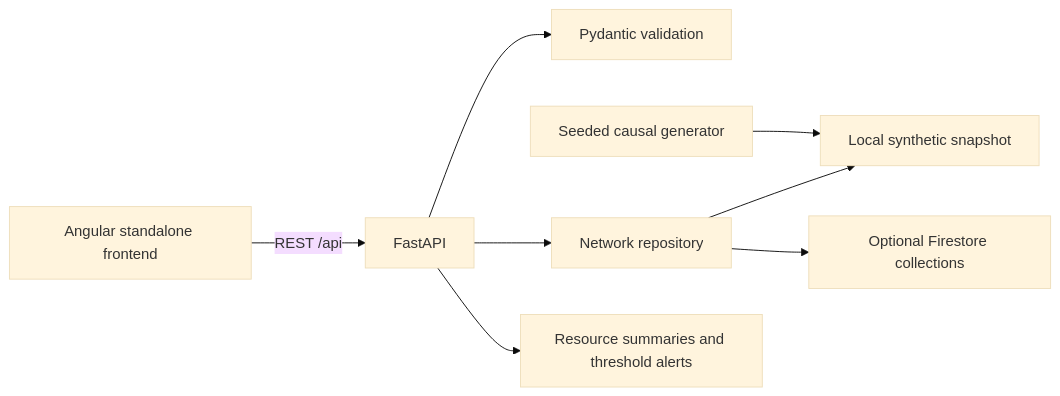
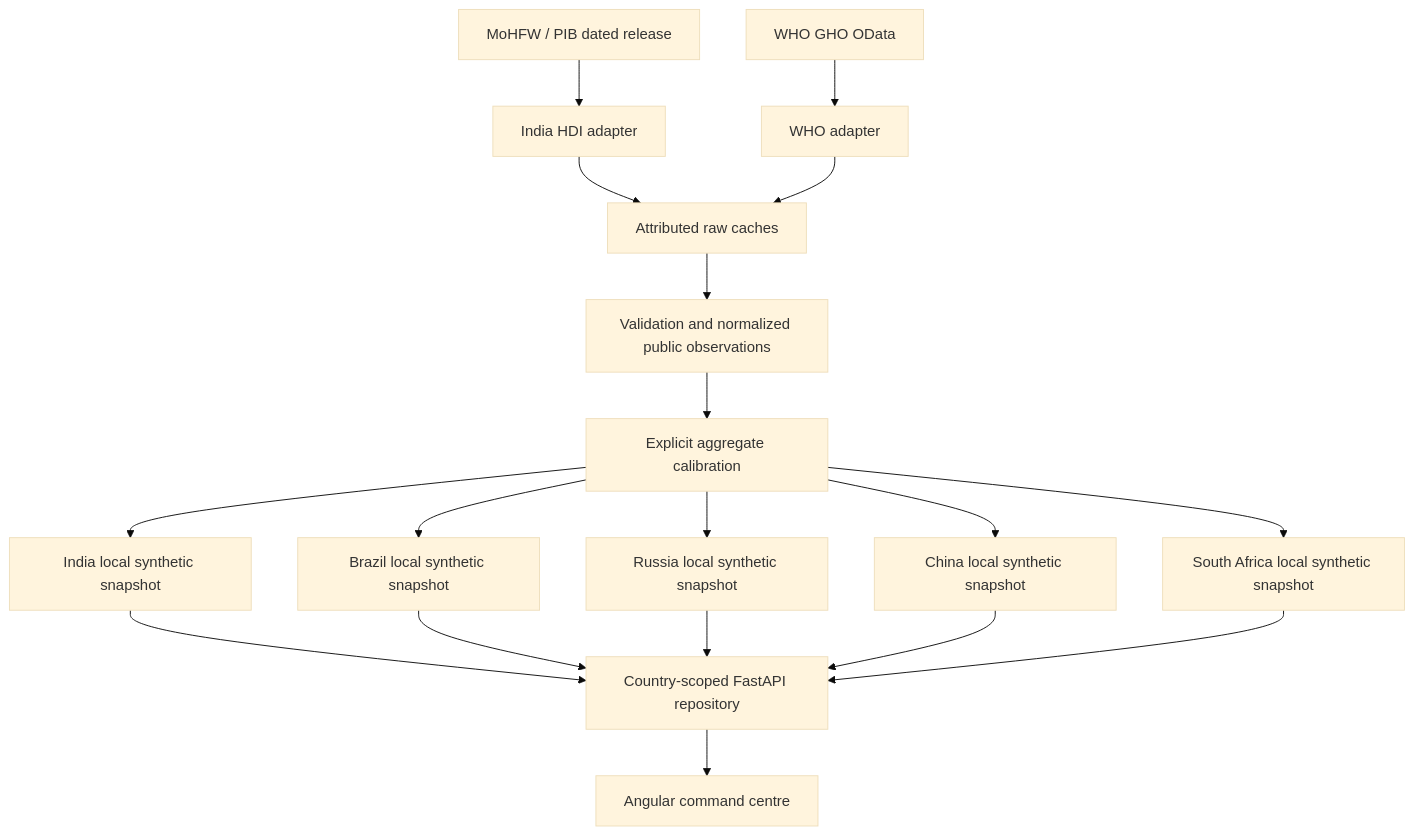
Before and after one commit to harshawardhanchitnis/HealthNexus-AI: the diagram in docs/architecture.md, drawn with Mermaid (base theme). The commit also changed other lines of this file and 11 other files, not shown here.

````diff
--- a/docs/architecture.md
+++ b/docs/architecture.md
@@ -3,10 +3,20 @@
 ```mermaid
-flowchart LR
-    UI[Angular standalone frontend] -->|REST /api| API[FastAPI]
-    API --> Models[Pydantic validation]
-    API --> Repo[Network repository]
-    Repo --> Local[Local synthetic snapshot]
-    Repo --> Cloud[Optional Firestore collections]
-    Generator[Seeded causal generator] --> Local
-    API --> Summary[Resource summaries and threshold alerts]
+flowchart TD
+  PIB[MoHFW / PIB dated release] --> A[India HDI adapter]
+  WHO[WHO GHO OData] --> B[WHO adapter]
+  A --> R[Attributed raw caches]
+  B --> R
+  R --> N[Validation and normalized public observations]
+  N --> C[Explicit aggregate calibration]
+  C --> IN[India local synthetic snapshot]
+  C --> BR[Brazil local synthetic snapshot]
+  C --> RU[Russia local synthetic snapshot]
+  C --> CN[China local synthetic snapshot]
+  C --> ZA[South Africa local synthetic snapshot]
+  IN --> API[Country-scoped FastAPI repository]
+  BR --> API
+  RU --> API
+  CN --> API
+  ZA --> API
+  API --> UI[Angular command centre]
 ```
````
